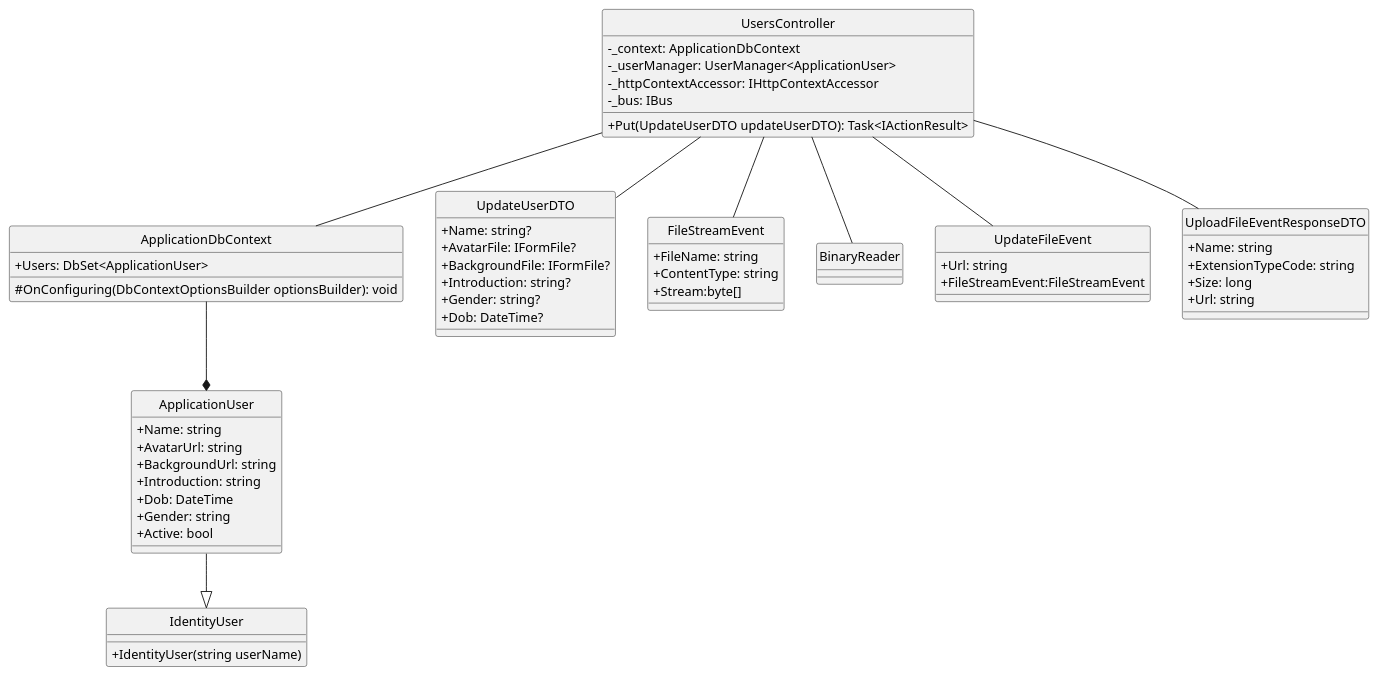
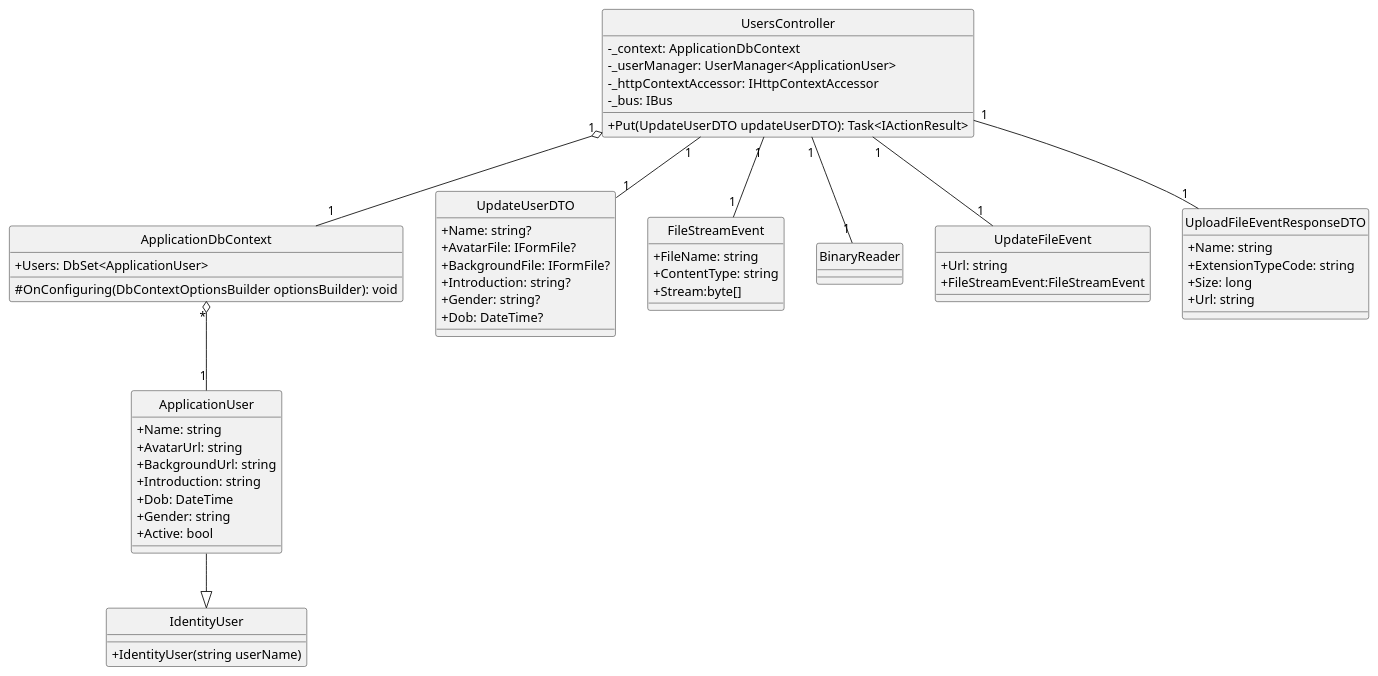
The diagram in docs/Class Diagram/Identity/UpdateUser/ClassDiagram.plantuml (Carl-Johnsons/Chat-Application), drawn with PlantUML before and after one commit. The commit also changed 13 other files, not shown here.

Commit message:
edit and export identity diagram to png

```diff
--- a/docs/Class Diagram/Identity/UpdateUser/ClassDiagram.plantuml
+++ b/docs/Class Diagram/Identity/UpdateUser/ClassDiagram.plantuml
@@ -1,68 +1,68 @@
 @startuml updateUser
 hide circle
 skinparam classAttributeIconSize 0
 class UsersController {
     - _context: ApplicationDbContext
     - _userManager: UserManager<ApplicationUser>
     - _httpContextAccessor: IHttpContextAccessor
     - _bus: IBus
     + Put(UpdateUserDTO updateUserDTO): Task<IActionResult>
 }
 
 class ApplicationDbContext {
     +Users: DbSet<ApplicationUser>
     #OnConfiguring(DbContextOptionsBuilder optionsBuilder): void
 }
 
 
 class UpdateUserDTO {
     +Name: string?
     +AvatarFile: IFormFile?
     +BackgroundFile: IFormFile?
     +Introduction: string?
     +Gender: string?
     +Dob: DateTime?
 }
 
 class FileStreamEvent
 {
     +FileName: string
     +ContentType: string
     +Stream:byte[]
 }
 class BinaryReader
 class UpdateFileEvent{
     +Url: string
     +FileStreamEvent:FileStreamEvent
 }
 
 class UploadFileEventResponseDTO{
     +Name: string
     +ExtensionTypeCode: string
     +Size: long
     +Url: string
 }
 
 class ApplicationUser {
     +Name: string
     +AvatarUrl: string
     +BackgroundUrl: string
     +Introduction: string
     +Dob: DateTime
     +Gender: string
     +Active: bool
 }
 
 class IdentityUser {
     + IdentityUser(string userName) 
 }
 
-UsersController -- ApplicationDbContext
-UsersController -- UpdateUserDTO
-UsersController -- BinaryReader
-UsersController -- FileStreamEvent
-UsersController -- UpdateFileEvent
-UsersController -- UploadFileEventResponseDTO
-ApplicationDbContext --* ApplicationUser
+UsersController "1" o--"1" ApplicationDbContext
+UsersController "1"--"1" UpdateUserDTO
+UsersController "1"--"1" BinaryReader
+UsersController "1"--"1" FileStreamEvent
+UsersController "1"--"1" UpdateFileEvent
+UsersController "1"--"1" UploadFileEventResponseDTO
+ApplicationDbContext "*" o--"1" ApplicationUser
 ApplicationUser --|> IdentityUser
 @enduml
```
